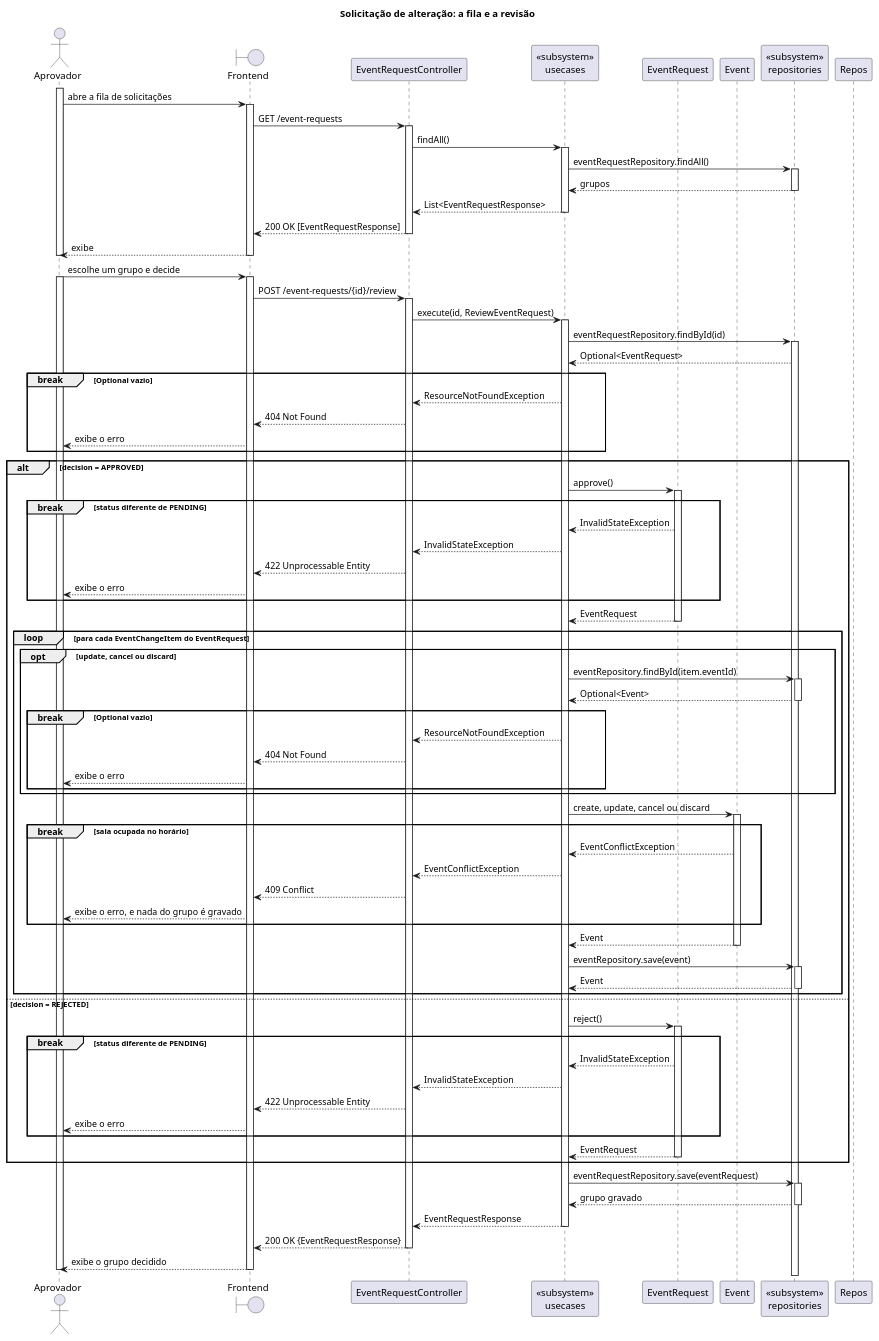
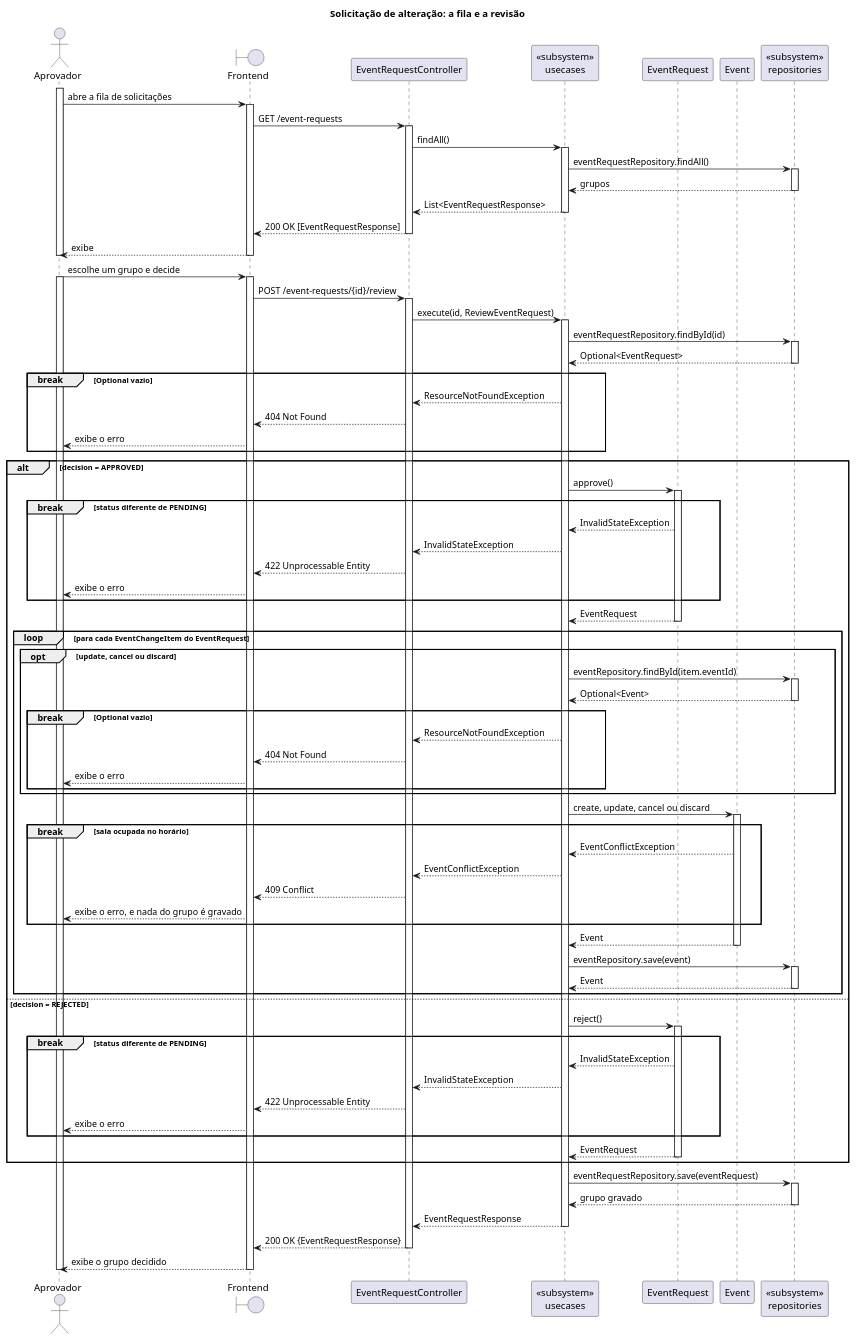
One commit to Neoguara/rooms-diagrams changed the diagram in src/plantuml/sequencia/simples/event_request.puml. Above: the diagram before and after it, drawn with PlantUML. The commit also changed 1 other file, not shown here.

```diff
--- a/src/plantuml/sequencia/simples/event_request.puml
+++ b/src/plantuml/sequencia/simples/event_request.puml
@@ -1,188 +1,188 @@
 @startuml event_request_simples
 
 ' A tela do aprovador, no estilo simplista: ele vê a fila de solicitações e decide um
 ' grupo. A tela do solicitante, com a agenda e a submissão, está em event.puml. Os
 ' diagramas completos continuam em sequencia/event/, e é lá que estão todos os desvios.
 '
 ' A forma do diagrama segue o uso da tela: abrir a fila lista as solicitações, e a
 ' listagem é obrigatória, acontece antes de tudo e não é alternativa a nada. A decisão vem
 ' depois dela, e é a única operação que esta tela oferece. Por isso não há alt no nível de
 ' cima: não existem caminhos alternativos a escolher, existe um só.
 '
 ' O alt de dentro é o assunto do diagrama. Aprovar e rejeitar são o mesmo endpoint,
 ' separados pelo campo decision, e o que os distingue não é o que cada um faz: é o que só
 ' um deles faz. O tamanho dos dois ramos é a informação: rejeitar muda o status do grupo e
 ' acaba ali, enquanto aprovar ainda tem o loop inteiro pela frente.
 '
 ' O loop dentro da aprovação é o segundo ponto. A decisão é do grupo inteiro, não de cada
 ' alteração: os itens são efetivados um a um, na ordem em que foram submetidos, e basta um
 ' não caber para que nada seja gravado. É isso que o break do 409 dentro do loop diz.
 '
 ' Quatro cortes em relação aos completos:
 '   1. Porta e implementação viram um participante só, tipado como «subsystem».
 '   2. Os desvios são marcados com break, o fragmento que cancela o resto da interação,
 '      que é o que o throw faz. O 422 de decision ausente e o 422 do evento em estado
 '      incompatível com a alteração ficam nos completos. O 409 só nasce de create e
 '      update, que conferem a agenda; cancel e discard não ocupam horário.
 '   3. Nenhuma mensagem para si mesmo, e ativação só em trecho reto. As barras aninham:
 '      a do ator cobre a interação inteira, e cada camada abaixo ocupa menos tempo.
 '   4. O armazenamento não aparece. As mensagens param no participante de repositório,
 '      e a consulta ou gravação fica implícita: o que importa é a conversa entre as
 '      camadas, não o SQL.
 '
 ' O RoomOccupancy não tem raia: a conferência de horário livre roda dentro do Event, que
 ' recebe a agenda como argumento. O que sobra dela é o break do 409.
 '
 ' O opt de dentro do loop é a única diferença entre os tipos de item: criar monta um Event
 ' novo e não tem o que carregar, enquanto alterar, cancelar e descartar buscam o evento pelo
 ' id guardado no item. Daí para baixo o caminho é o mesmo, e por isso a chamada à entidade,
 ' o break do 409 e a gravação ficam fora do opt, uma vez só.
 '
 ' O linkCreatedEvent, que devolve ao item o id do evento recém-criado, e o
 ' changeItemRepository.saveAll que o grava ficam nos completos: são a amarração entre item
 ' e evento, não a efetivação em si, e custariam uma raia inteira aqui.
 '
 ' O Approval também sai. Ele registra quem decidiu, quando e com que comentário, mas é
 ' trilha de auditoria: não muda o resultado da revisão nem o que o aprovador vê. Está nos
 ' completos, junto do GET /event-requests/{id}/audit que o lê.
 '
 ' O choque previsto que o EventRequestConflicts calcula na listagem fica de fora: é aviso,
 ' e o que decide de verdade é o 409 da efetivação, que está aqui. O tipo REACTIVATE também
 ' sai: é o CANCEL ao contrário e percorre as mesmas mensagens. Os dois estão nos completos.
 
 title Solicitação de alteração: a fila e a revisão
 
 actor "Aprovador" as Aprov
 boundary "Frontend" as FE
 participant "EventRequestController" as Ctrl
 
 participant "<<subsystem>>\nusecases" as UC
 
 participant "EventRequest" as Req
 participant "Event" as Event
 
 participant "<<subsystem>>\nrepositories" as Repo
 
 activate Aprov
 Aprov -> FE: abre a fila de solicitações
 activate FE
 FE -> Ctrl: GET /event-requests
 activate Ctrl
 Ctrl -> UC: findAll()
 activate UC
 
 UC -> Repo: eventRequestRepository.findAll()
 activate Repo
 Repo --> UC: grupos
 deactivate Repo
 
 UC --> Ctrl: List<EventRequestResponse>
 deactivate UC
 Ctrl --> FE: 200 OK [EventRequestResponse]
 deactivate Ctrl
 FE --> Aprov: exibe
 deactivate FE
 deactivate Aprov
 
 Aprov -> FE: escolhe um grupo e decide
 activate Aprov
 activate FE
 FE -> Ctrl: POST /event-requests/{id}/review
 activate Ctrl
 Ctrl -> UC: execute(id, ReviewEventRequest)
 activate UC
 
 UC -> Repo: eventRequestRepository.findById(id)
 activate Repo
 Repo --> UC: Optional<EventRequest>
-deactivate Repos
+deactivate Repo
 
 break Optional vazio
   UC --> Ctrl: ResourceNotFoundException
   Ctrl --> FE: 404 Not Found
   FE --> Aprov: exibe o erro
 end
 
 alt decision = APPROVED
 
   UC -> Req: approve()
   activate Req
 
   break status diferente de PENDING
     Req --> UC: InvalidStateException
     UC --> Ctrl: InvalidStateException
     Ctrl --> FE: 422 Unprocessable Entity
     FE --> Aprov: exibe o erro
   end
 
   Req --> UC: EventRequest
   deactivate Req
 
   loop para cada EventChangeItem do EventRequest
 
     opt update, cancel ou discard
 
       UC -> Repo: eventRepository.findById(item.eventId)
       activate Repo
       Repo --> UC: Optional<Event>
       deactivate Repo
 
       break Optional vazio
         UC --> Ctrl: ResourceNotFoundException
         Ctrl --> FE: 404 Not Found
         FE --> Aprov: exibe o erro
       end
 
     end
 
     UC -> Event: create, update, cancel ou discard
     activate Event
 
     break sala ocupada no horário
       Event --> UC: EventConflictException
       UC --> Ctrl: EventConflictException
       Ctrl --> FE: 409 Conflict
       FE --> Aprov: exibe o erro, e nada do grupo é gravado
     end
 
     Event --> UC: Event
     deactivate Event
 
     UC -> Repo: eventRepository.save(event)
     activate Repo
     Repo --> UC: Event
     deactivate Repo
 
   end
 
 else decision = REJECTED
 
   UC -> Req: reject()
   activate Req
 
   break status diferente de PENDING
     Req --> UC: InvalidStateException
     UC --> Ctrl: InvalidStateException
     Ctrl --> FE: 422 Unprocessable Entity
     FE --> Aprov: exibe o erro
   end
 
   Req --> UC: EventRequest
   deactivate Req
 
 end
 
 UC -> Repo: eventRequestRepository.save(eventRequest)
 activate Repo
 Repo --> UC: grupo gravado
 deactivate Repo
 
 UC --> Ctrl: EventRequestResponse
 deactivate UC
 Ctrl --> FE: 200 OK {EventRequestResponse}
 deactivate Ctrl
 FE --> Aprov: exibe o grupo decidido
 deactivate FE
 deactivate Aprov
 
 @enduml
```
